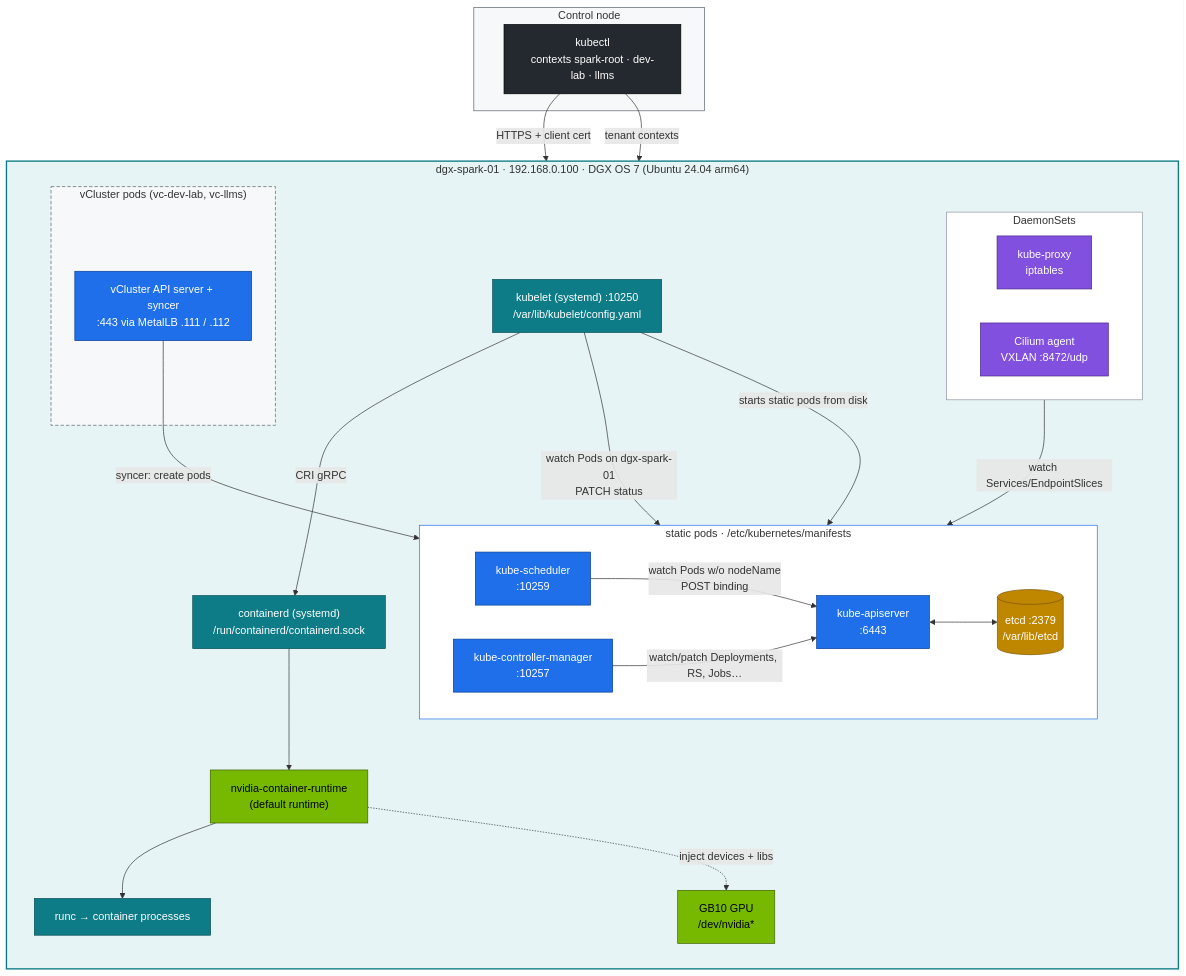
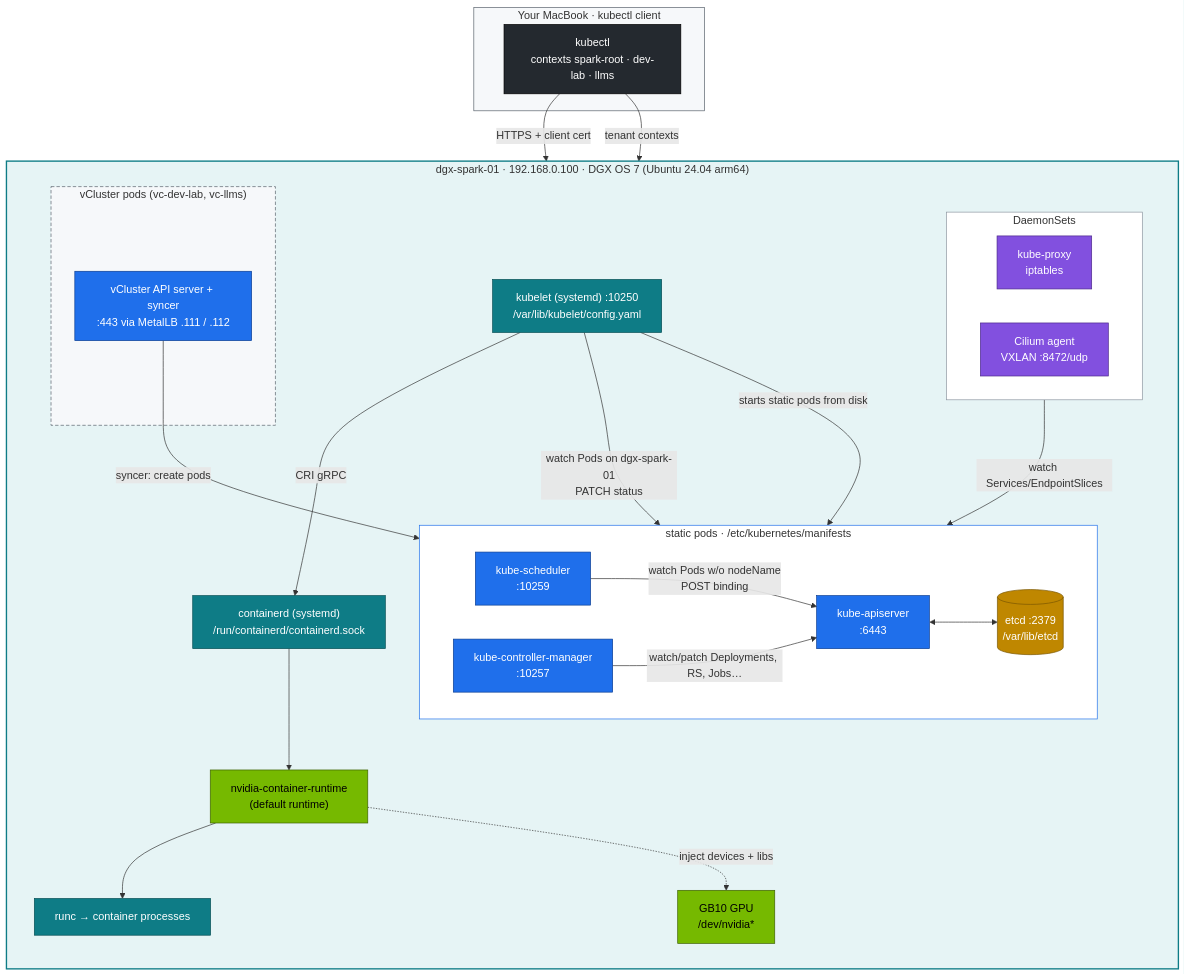
The first of 3 diagrams in 02 Kubernetes/01-kubernetes-core-architecture.md (cloudone365/technical-depth), drawn with Mermaid before and after one commit. The commit also changed 37 other files, not shown here.

````diff
--- a/02 Kubernetes/01-kubernetes-core-architecture.md
+++ b/02 Kubernetes/01-kubernetes-core-architecture.md
@@ -34,57 +34,57 @@
 ```mermaid
 flowchart TB
-  subgraph LAPTOP["Control node"]
+  subgraph LAPTOP["Your MacBook · kubectl client"]
     KC["kubectl<br/>contexts spark-root · dev-lab · llms"]
   end
   subgraph SPARK["dgx-spark-01 · 192.168.0.100 · DGX OS 7 (Ubuntu 24.04 arm64)"]
     direction TB
     subgraph SP["static pods · /etc/kubernetes/manifests"]
       direction LR
       API["kube-apiserver<br/>:6443"]
       SCH["kube-scheduler<br/>:10259"]
       CM["kube-controller-manager<br/>:10257"]
       ETCD[("etcd :2379<br/>/var/lib/etcd")]
     end
     subgraph DS["DaemonSets"]
       direction LR
       KP["kube-proxy<br/>iptables"]
       CIL["Cilium agent<br/>VXLAN :8472/udp"]
     end
     subgraph VC["vCluster pods (vc-dev-lab, vc-llms)"]
       VAPI["vCluster API server + syncer<br/>:443 via MetalLB .111 / .112"]
     end
     KL["kubelet (systemd) :10250<br/>/var/lib/kubelet/config.yaml"]
     CTRD["containerd (systemd)<br/>/run/containerd/containerd.sock"]
     NVR["nvidia-container-runtime<br/>(default runtime)"]
     RUNC["runc → container processes"]
     GB10["GB10 GPU<br/>/dev/nvidia*"]
   end
   KC -->|"HTTPS + client cert"| API
   KC -->|"tenant contexts"| VAPI
   VAPI -->|"syncer: create pods"| API
   API <--> ETCD
   SCH -->|"watch Pods w/o nodeName<br/>POST binding"| API
   CM -->|"watch/patch Deployments, RS, Jobs…"| API
   KL -->|"watch Pods on dgx-spark-01<br/>PATCH status"| API
   KP -->|"watch Services/EndpointSlices"| API
   KL -->|"starts static pods from disk"| SP
   KL -->|CRI gRPC| CTRD --> NVR --> RUNC
   NVR -.->|"inject devices + libs"| GB10
   classDef ctrl fill:#1f6feb,stroke:#0b3d91,color:#fff
   classDef node fill:#0e7c86,stroke:#064e54,color:#fff
   classDef gpu fill:#76b900,stroke:#3d6000,color:#000
   classDef net fill:#8250df,stroke:#4c2889,color:#fff
   classDef store fill:#bf8700,stroke:#7a5600,color:#fff
   classDef ext fill:#24292f,stroke:#000,color:#fff
   class API,SCH,CM,VAPI ctrl
   class KL,CTRD,RUNC node
   class KP,CIL net
   class ETCD store
   class GB10,NVR gpu
   class KC ext
   style SPARK fill:#e6f4f5,stroke:#0e7c86,stroke-width:2px
   style SP fill:#ffffff,stroke:#1f6feb
   style DS fill:#ffffff,stroke:#8c959f
   style VC fill:#f6f8fa,stroke:#57606a,stroke-dasharray:5 3
   style LAPTOP fill:#f6f8fa,stroke:#57606a
 ```
````
